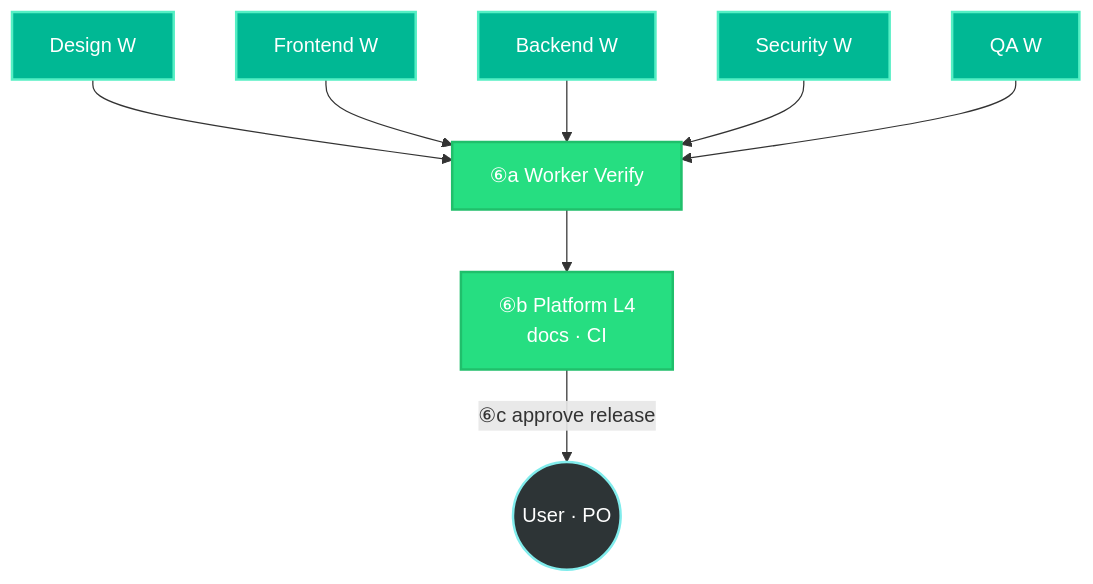
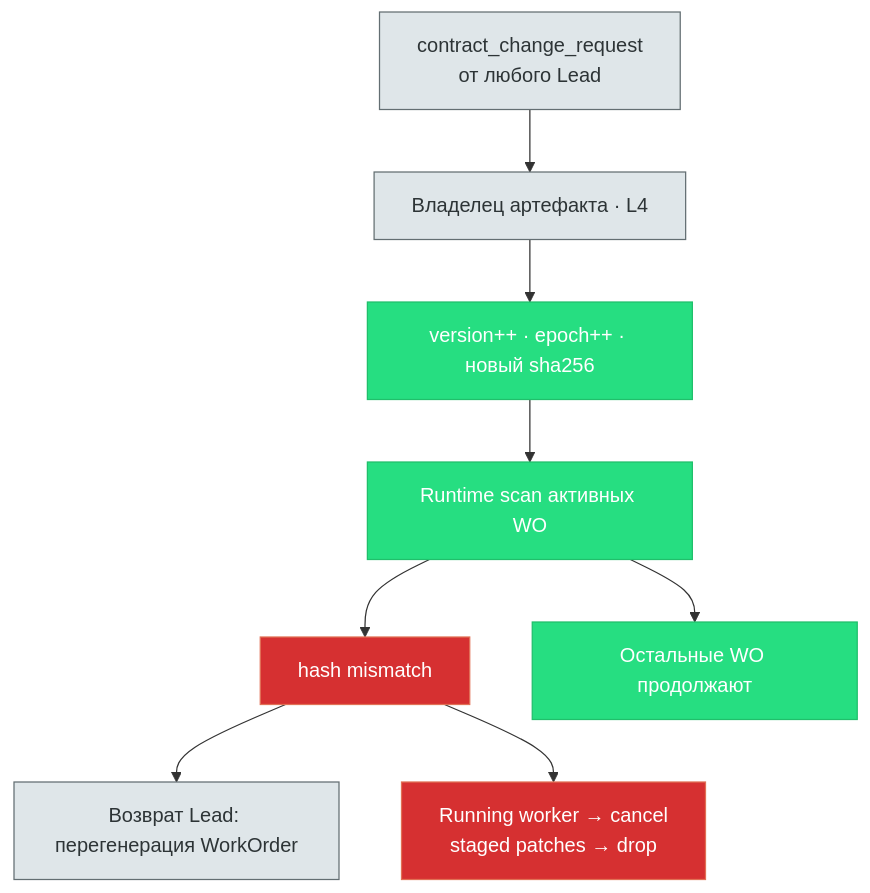
Diagram 20 of 21 in docs/architecture/orchestra-routing.md (GreyKxtx/Orchestra), drawn with Mermaid before and after one commit. The commit also changed other lines of this file and 108 other files, not shown here.

First line of the commit message:
feat(orchestra): vNext SDLC runtime — gates, contract epoch, question barrier, tier labels

````diff
--- a/docs/architecture/orchestra-routing.md
+++ b/docs/architecture/orchestra-routing.md
@@ -660,23 +1797,20 @@
 ```mermaid
 flowchart TB
-    classDef worker fill:#00b894,stroke:#55efc4,stroke-width:2px,color:#fff
-    classDef release fill:#26de81,stroke:#20bf6b,stroke-width:2px,color:#fff
-    classDef user fill:#2d3436,stroke:#81ecec,stroke-width:2px,color:#fff
+    classDef gate fill:#26de81,stroke:#20bf6b,color:#fff
+    classDef bad fill:#d63031,stroke:#e17055,color:#fff
+    classDef art fill:#dfe6e9,stroke:#636e72,color:#2d3436
 
-    W1["Design W"]:::worker
-    W2["Frontend W"]:::worker
-    W3["Backend W"]:::worker
-    W4["Security W"]:::worker
-    W5["QA W"]:::worker
-    Gate["⑥a Worker Verify"]:::release
-    Plat["⑥b Platform L4<br>docs · CI"]:::release
-    User(("User · PO")):::user
+    CCR["contract_change_request<br>от любого Lead"]:::art
+    Owner["Владелец артефакта · L4"]:::art
+    Bump["version++ · epoch++ · новый sha256"]:::gate
+    Scan["Runtime scan активных WO"]:::gate
+    Inv["hash mismatch"]:::bad
+    Back["Возврат Lead: перегенерация WorkOrder"]:::art
+    Kill["Running worker → cancel<br>staged patches → drop"]:::bad
+    OK["Остальные WO продолжают"]:::gate
 
-    W1 --> Gate
-    W2 --> Gate
-    W3 --> Gate
-    W4 --> Gate
-    W5 --> Gate
-    Gate --> Plat
-    Plat -->|"⑥c approve release"| User
+    CCR --> Owner --> Bump --> Scan
+    Scan --> Inv --> Back
+    Inv --> Kill
+    Scan --> OK
 ```
````
